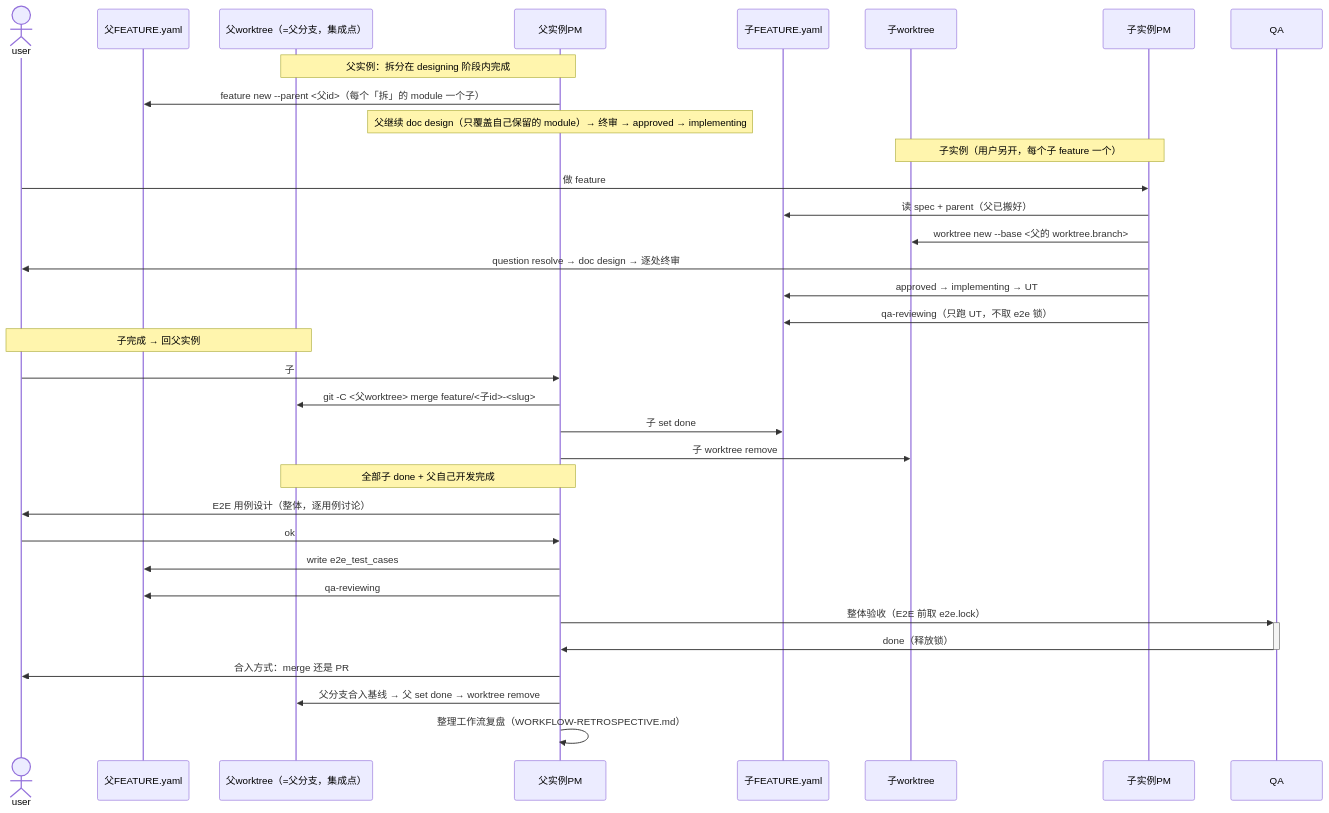
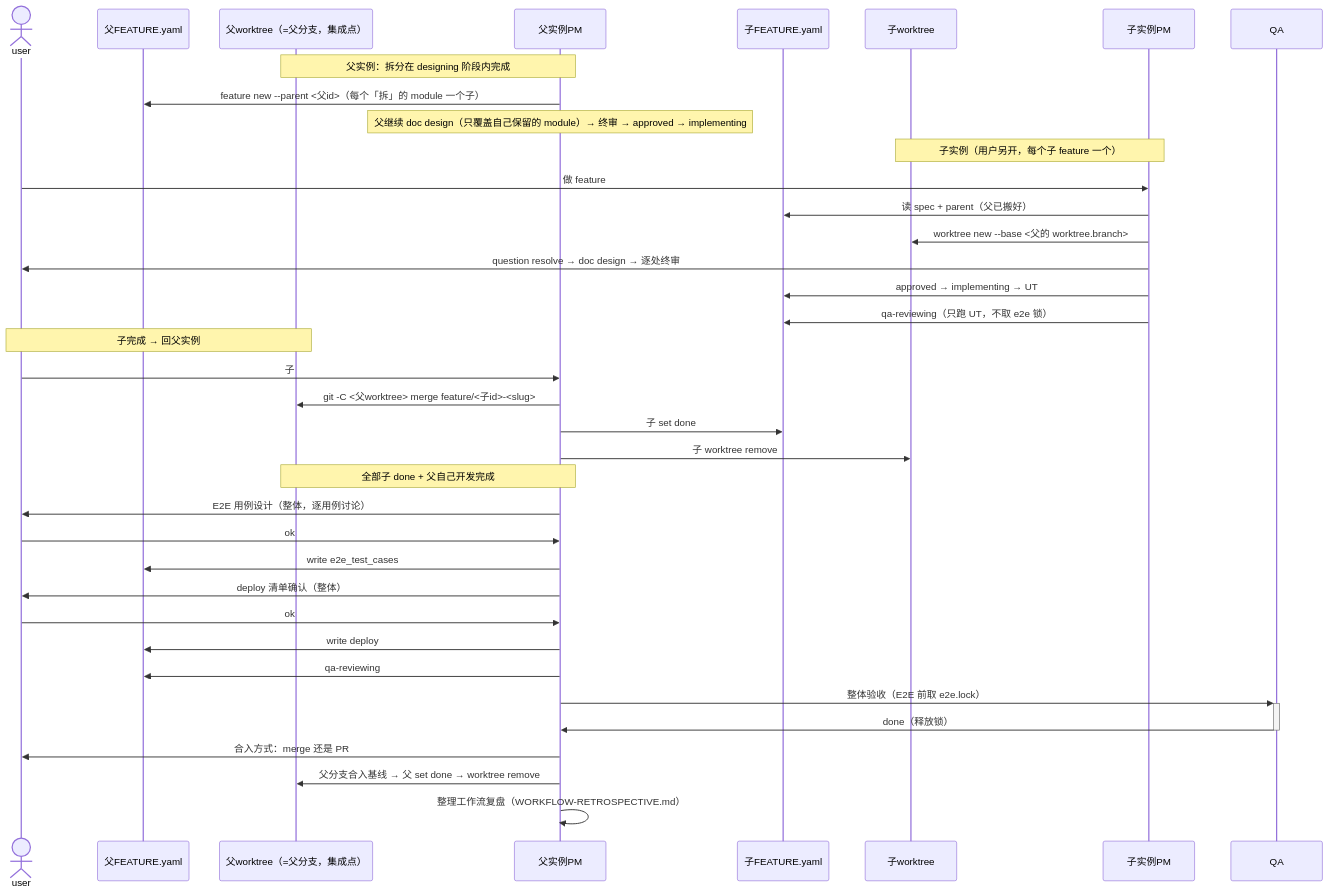
The second of 3 diagrams in system-prompt/agent-factory/agent-pm.md (JoeyAssistant/skill-repo), drawn with Mermaid before and after one commit. The commit also changed other lines of this file and 4 other files, not shown here.

````diff
--- a/system-prompt/agent-factory/agent-pm.md
+++ b/system-prompt/agent-factory/agent-pm.md
@@ -352,40 +361,43 @@
 ```mermaid
 sequenceDiagram
     actor user
     participant pf as 父FEATURE.yaml
     participant pw as 父worktree（=父分支，集成点）
     participant pm as 父实例PM
     participant cf as 子FEATURE.yaml
     participant cw as 子worktree
     participant cpm as 子实例PM
     participant qa as QA
 
     Note over pm,pw: 父实例：拆分在 designing 阶段内完成
     pm->>pf: feature new --parent <父id>（每个「拆」的 module 一个子）
     Note over pm: 父继续 doc design（只覆盖自己保留的 module）→ 终审 → approved → implementing
 
     Note over cpm,cw: 子实例（用户另开，每个子 feature 一个）
     user->>cpm: 做 feature #<子id>
     cpm->>cf: 读 spec + parent（父已搬好）
     cpm->>cw: worktree new --base <父的 worktree.branch>
     cpm->>user: question resolve → doc design → 逐处终审
     cpm->>cf: approved → implementing → UT
     cpm->>cf: qa-reviewing（只跑 UT，不取 e2e 锁）
 
     Note over user,pw: 子完成 → 回父实例
     user->>pm: 子 #<子id> 完成
     pm->>pw: git -C <父worktree> merge feature/<子id>-<slug>
     pm->>cf: 子 set done
     pm->>cw: 子 worktree remove
 
     Note over pm,pw: 全部子 done + 父自己开发完成
     pm->>user: E2E 用例设计（整体，逐用例讨论）
     user->>pm: ok
     pm->>pf: write e2e_test_cases
+    pm->>user: deploy 清单确认（整体）
+    user->>pm: ok
+    pm->>pf: write deploy
     pm->>pf: qa-reviewing
     pm->>+qa: 整体验收（E2E 前取 e2e.lock）
     qa->>-pm: done（释放锁）
     pm->>user: 合入方式：merge 还是 PR
     pm->>pw: 父分支合入基线 → 父 set done → worktree remove
     pm->>pm: 整理工作流复盘（WORKFLOW-RETROSPECTIVE.md）
 ```
````
